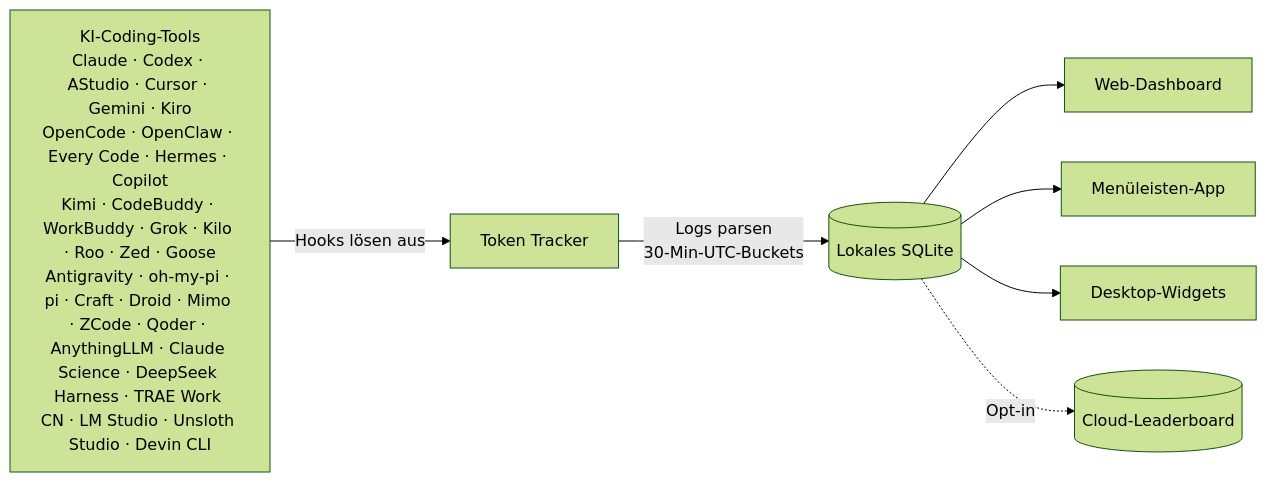
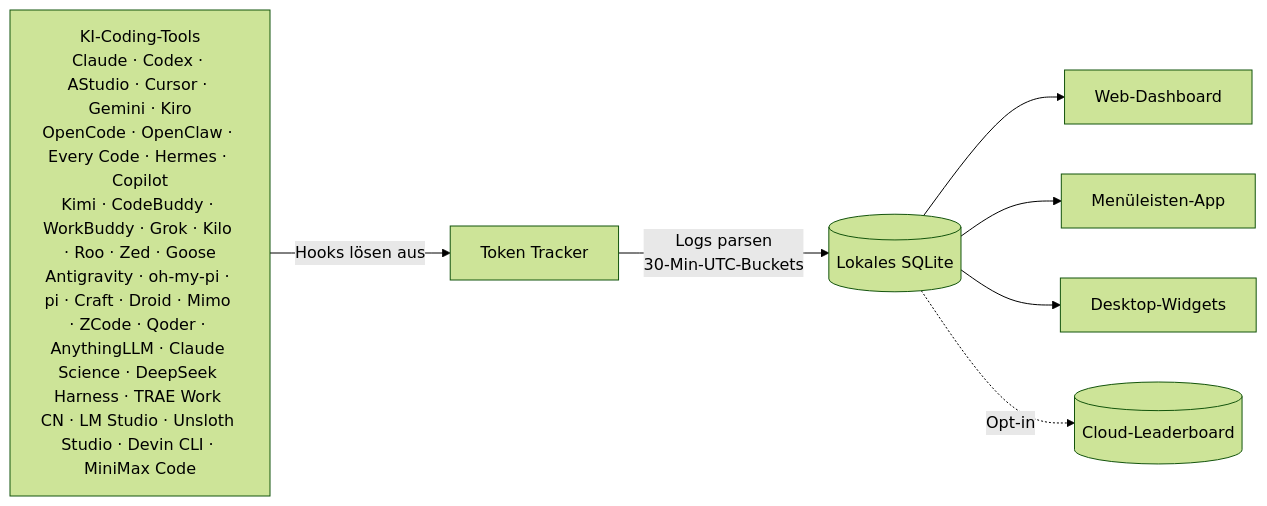
One commit to 1490459250li-hub/TokenTracker changed the diagram in README.de.md. Above: the diagram before and after it, drawn with Mermaid (forest theme). The commit also changed other lines of this file and 22 other files, not shown here.

First line of the commit message:
feat: track MiniMax Code usage from local session logs

````diff
--- a/README.de.md
+++ b/README.de.md
@@ -240,10 +241,10 @@
 ```mermaid
 flowchart LR
-    A["KI-Coding-Tools<br/>Claude · Codex · AStudio · Cursor · Gemini · Kiro<br/>OpenCode · OpenClaw · Every Code · Hermes · Copilot<br/>Kimi · CodeBuddy · WorkBuddy · Grok · Kilo · Roo · Zed · Goose<br/>Antigravity · oh-my-pi · pi · Craft · Droid · Mimo · ZCode · Qoder · AnythingLLM · Claude Science · DeepSeek Harness · TRAE Work CN · LM Studio · Unsloth Studio · Devin CLI"]
+    A["KI-Coding-Tools<br/>Claude · Codex · AStudio · Cursor · Gemini · Kiro<br/>OpenCode · OpenClaw · Every Code · Hermes · Copilot<br/>Kimi · CodeBuddy · WorkBuddy · Grok · Kilo · Roo · Zed · Goose<br/>Antigravity · oh-my-pi · pi · Craft · Droid · Mimo · ZCode · Qoder · AnythingLLM · Claude Science · DeepSeek Harness · TRAE Work CN · LM Studio · Unsloth Studio · Devin CLI · MiniMax Code"]
     A -->|Hooks lösen aus| B[Token Tracker]
     B -->|Logs parsen<br/>30-Min-UTC-Buckets| C[(Lokales SQLite)]
     C --> D[Web-Dashboard]
     C --> E[Menüleisten-App]
     C --> F[Desktop-Widgets]
     C -.->|Opt-in| G[(Cloud-Leaderboard)]
 ```
````
